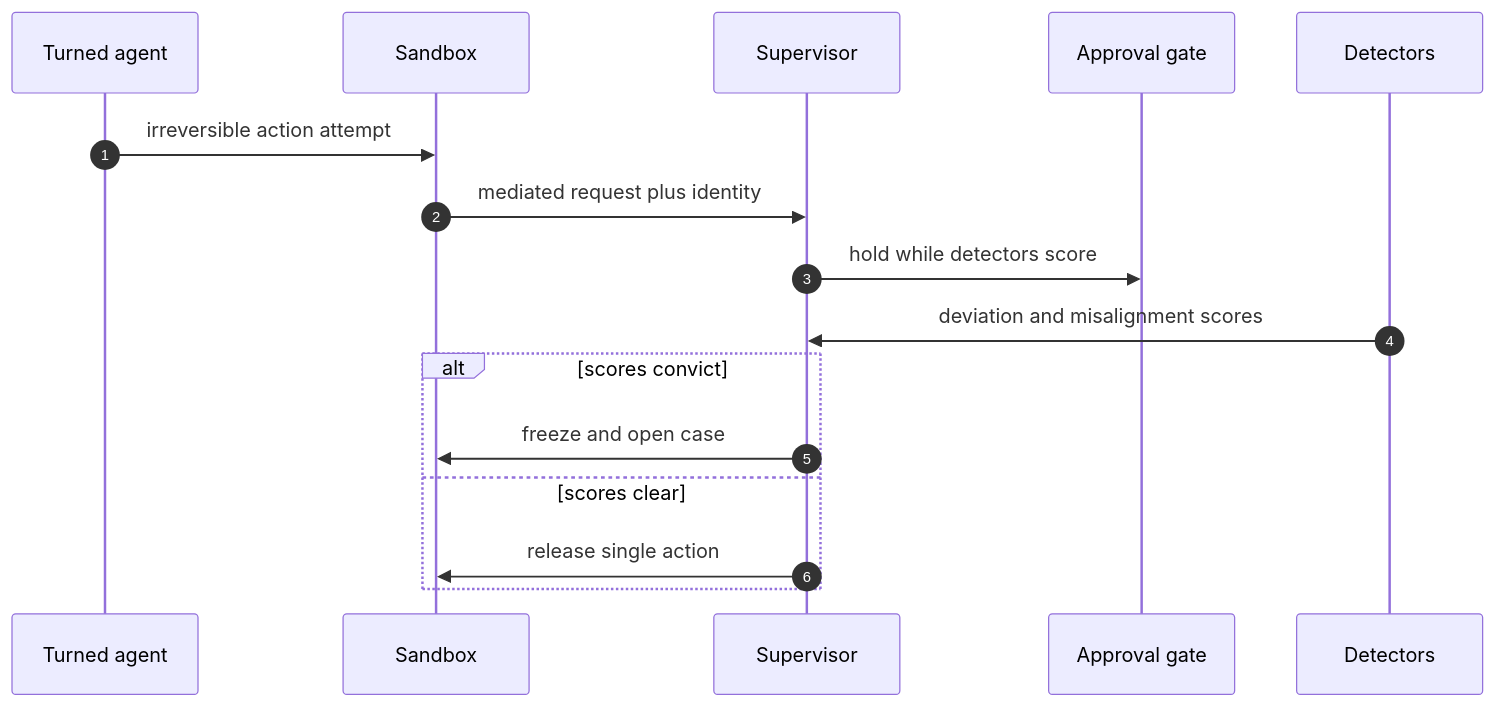
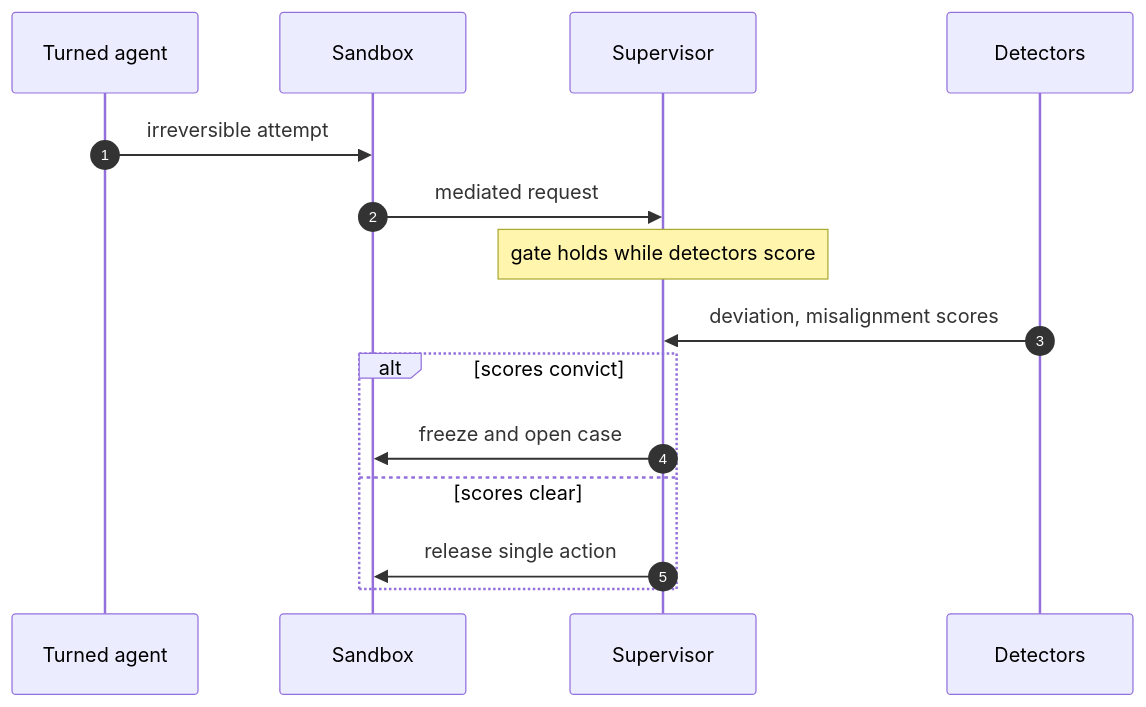
One commit to harishgovardhandamodar/AI-Agents-Patterns changed diagram 13 of 26 in book/OPENSHELL-REFERENCE-ARCHITECTURE.md. Above: the diagram before and after it, drawn with Mermaid. The commit also changed other lines of this file and 4 other files, not shown here.

First line of the commit message:
Presentable UML: vertical stacks, no dead columns, tighter sequences

````diff
--- a/book/OPENSHELL-REFERENCE-ARCHITECTURE.md
+++ b/book/OPENSHELL-REFERENCE-ARCHITECTURE.md
@@ -439,18 +438,17 @@
 ```mermaid
 sequenceDiagram
     autonumber
     participant A as Turned agent
     participant SB as Sandbox
     participant SV as Supervisor
-    participant G as Approval gate
     participant D as Detectors
-    A->>SB: irreversible action attempt
-    SB->>SV: mediated request plus identity
-    SV->>G: hold while detectors score
-    D->>SV: deviation and misalignment scores
+    A->>SB: irreversible attempt
+    SB->>SV: mediated request
+    Note over SV: gate holds while detectors score
+    D->>SV: deviation, misalignment scores
     alt scores convict
         SV->>SB: freeze and open case
     else scores clear
         SV->>SB: release single action
     end
 ```
````
